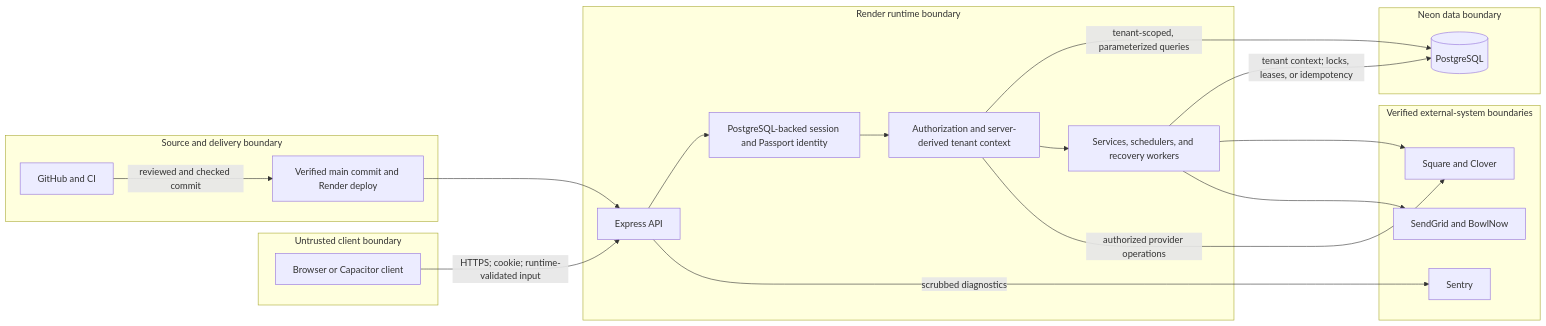
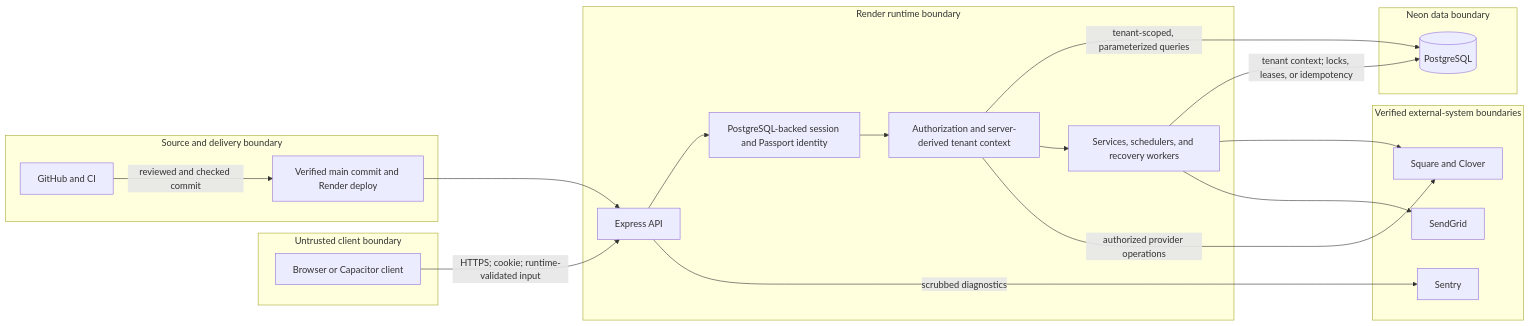
One commit to Tribowl-LLC/PGLeagueManagerApp changed the diagram in SECURITY.md. Above: the diagram before and after it, drawn with Mermaid. The commit also changed other lines of this file and 83 other files, not shown here.

Commit message:
Remove BowlNow integration (#83)

````diff
--- a/SECURITY.md
+++ b/SECURITY.md
@@ -63,41 +63,41 @@
 ```mermaid
 flowchart LR
     subgraph U["Untrusted client boundary"]
         C["Browser or Capacitor client"]
     end
 
     subgraph R["Render runtime boundary"]
         E["Express API"]
         S["PostgreSQL-backed session and Passport identity"]
         A["Authorization and server-derived tenant context"]
         W["Services, schedulers, and recovery workers"]
     end
 
     subgraph D["Neon data boundary"]
         P[("PostgreSQL")]
     end
 
     subgraph X["Verified external-system boundaries"]
         PAY["Square and Clover"]
-        MSG["SendGrid and BowlNow"]
+        MSG["SendGrid"]
         OBS["Sentry"]
     end
 
     subgraph I["Source and delivery boundary"]
         G["GitHub and CI"]
         DEP["Verified main commit and Render deploy"]
     end
 
     C -->|"HTTPS; cookie; runtime-validated input"| E
     E --> S
     S --> A
     A -->|"tenant-scoped, parameterized queries"| P
     A --> W
     A -->|"authorized provider operations"| PAY
     W -->|"tenant context; locks, leases, or idempotency"| P
     W --> PAY
     W --> MSG
     E -->|"scrubbed diagnostics"| OBS
     G -->|"reviewed and checked commit"| DEP
     DEP --> E
 ```
````
